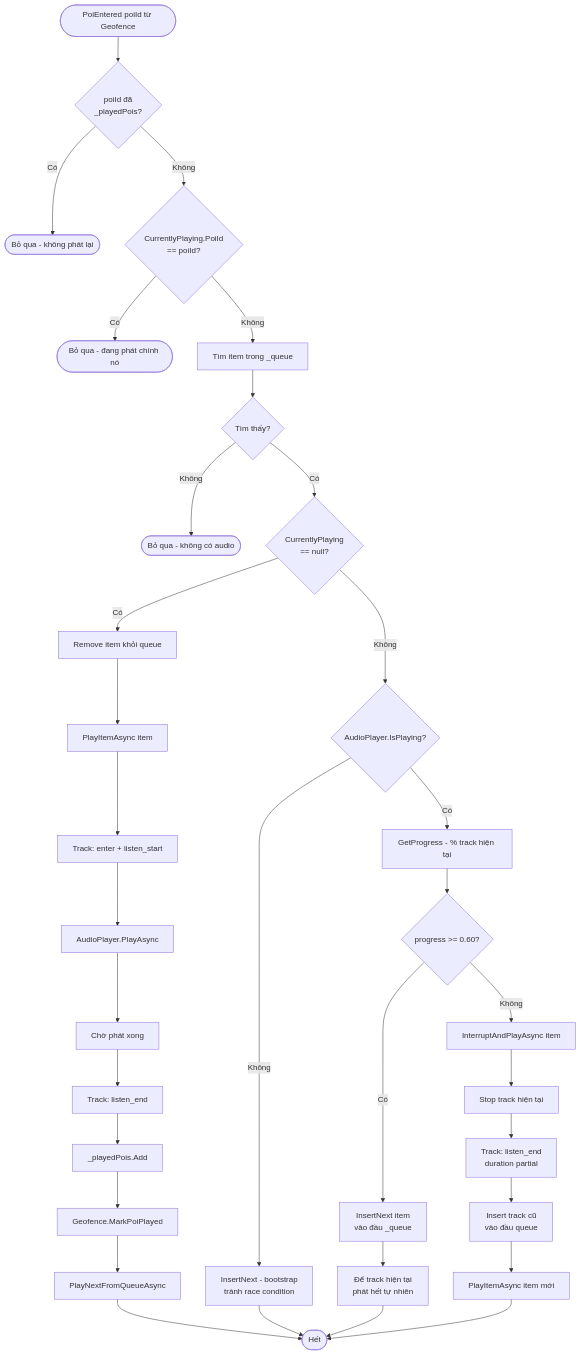
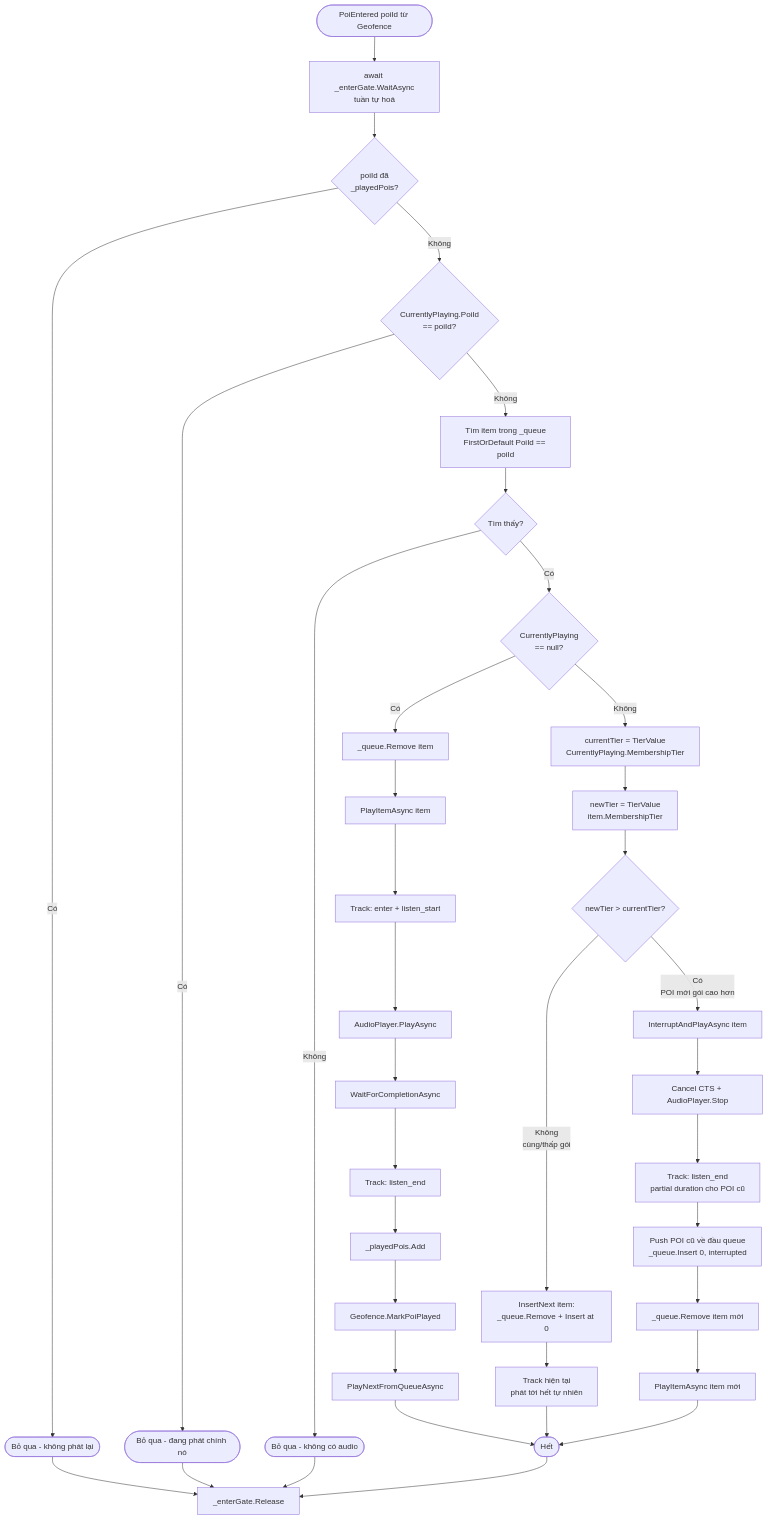
Diagram 21 of 22 in PRD.md (hoangvvu/VinhKhanhFoodTour), drawn with Mermaid before and after one commit. The commit also changed other lines of this file and 61 other files, not shown here.

````diff
--- a/PRD.md
+++ b/PRD.md
@@ -1149,36 +1309,44 @@
 ```mermaid
 flowchart TD
-    A([PoiEntered poiId từ Geofence]) --> B{poiId đã<br/>_playedPois?}
+    A([PoiEntered poiId từ Geofence]) --> A1[await _enterGate.WaitAsync<br/>tuần tự hoá]
+    A1 --> B{poiId đã<br/>_playedPois?}
     B -- Có --> Z1([Bỏ qua - không phát lại])
     B -- Không --> C{CurrentlyPlaying.PoiId<br/>== poiId?}
     C -- Có --> Z2([Bỏ qua - đang phát chính nó])
-    C -- Không --> D[Tìm item trong _queue]
+    C -- Không --> D[Tìm item trong _queue<br/>FirstOrDefault PoiId == poiId]
     D --> E{Tìm thấy?}
     E -- Không --> Z3([Bỏ qua - không có audio])
     E -- Có --> F{CurrentlyPlaying<br/>== null?}
-    F -- Có --> G[Remove item khỏi queue]
+
+    F -- Có --> G[_queue.Remove item]
     G --> H[PlayItemAsync item]
     H --> H1[Track: enter + listen_start]
     H1 --> H2[AudioPlayer.PlayAsync]
-    H2 --> H3[Chờ phát xong]
+    H2 --> H3[WaitForCompletionAsync]
     H3 --> H4[Track: listen_end]
     H4 --> H5[_playedPois.Add]
     H5 --> H6[Geofence.MarkPoiPlayed]
     H6 --> H7[PlayNextFromQueueAsync]
     H7 --> End([Hết])
 
-    F -- Không --> I{AudioPlayer.IsPlaying?}
-    I -- Không --> J[InsertNext - bootstrap<br/>tránh race condition]
-    J --> End
-    I -- Có --> K[GetProgress - % track hiện tại]
-    K --> L{progress >= 0.60?}
-    L -- Có --> M[InsertNext item<br/>vào đầu _queue]
-    M --> N[Để track hiện tại<br/>phát hết tự nhiên]
+    F -- Không --> K1[currentTier = TierValue<br/>CurrentlyPlaying.MembershipTier]
+    K1 --> K2[newTier = TierValue<br/>item.MembershipTier]
+    K2 --> L{newTier > currentTier?}
+
+    L -- Không<br/>cùng/thấp gói --> M[InsertNext item:<br/>_queue.Remove + Insert at 0]
+    M --> N[Track hiện tại<br/>phát tới hết tự nhiên]
     N --> End
-    L -- Không --> O[InterruptAndPlayAsync item]
-    O --> O1[Stop track hiện tại]
-    O1 --> O2[Track: listen_end<br/>duration partial]
-    O2 --> O3[Insert track cũ<br/>vào đầu queue]
-    O3 --> O4[PlayItemAsync item mới]
-    O4 --> End
+
+    L -- Có<br/>POI mới gói cao hơn --> O[InterruptAndPlayAsync item]
+    O --> O1[Cancel CTS + AudioPlayer.Stop]
+    O1 --> O2[Track: listen_end<br/>partial duration cho POI cũ]
+    O2 --> O3[Push POI cũ về đầu queue<br/>_queue.Insert 0, interrupted]
+    O3 --> O4[_queue.Remove item mới]
+    O4 --> O5[PlayItemAsync item mới]
+    O5 --> End
+
+    Z1 --> R[_enterGate.Release]
+    Z2 --> R
+    Z3 --> R
+    End --> R
 ```
````
